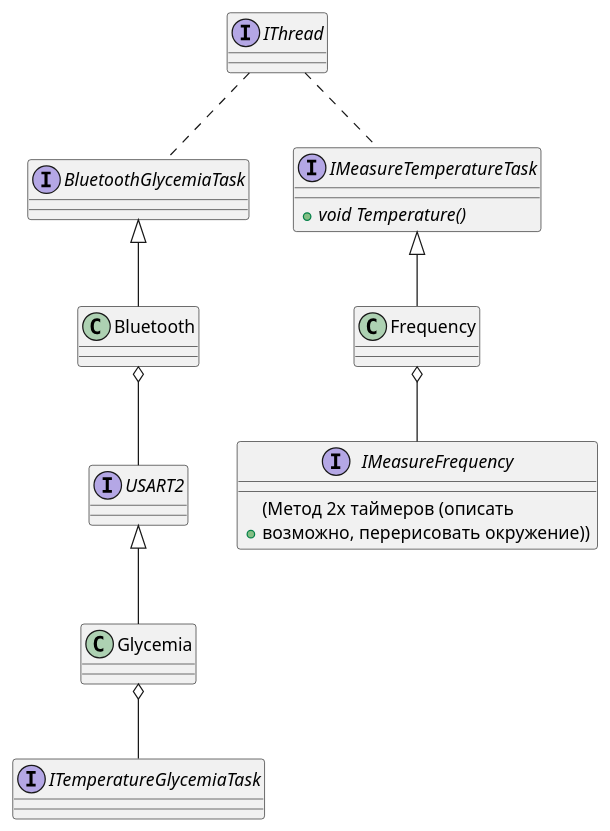
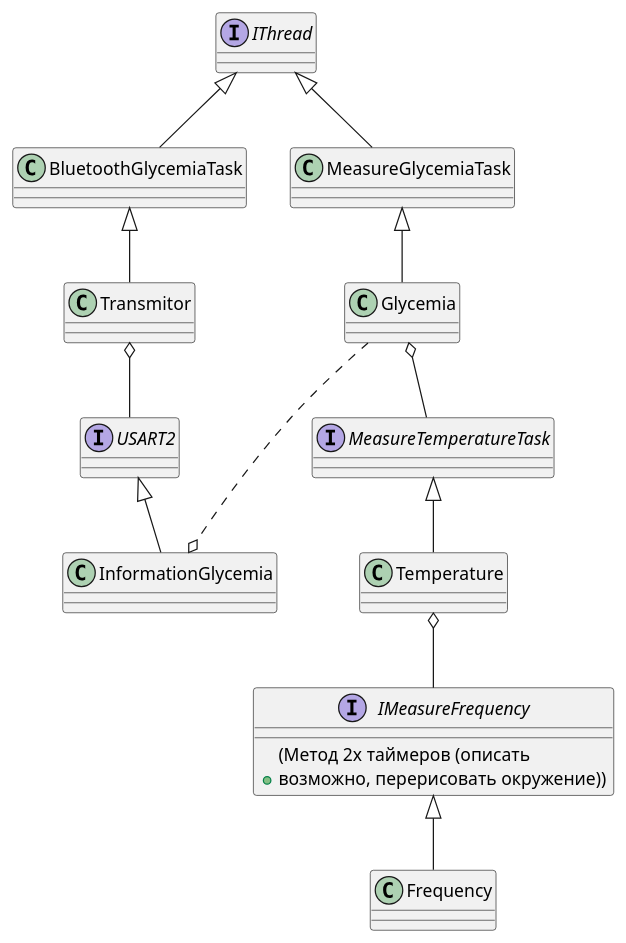
One commit to Luda-Seliv-KE-413/Kursovoy changed the diagram in DOC/Diagram.puml. Above: the diagram before and after it, drawn with PlantUML. The commit also changed 1 other file, not shown here.

```diff
--- a/DOC/Diagram.puml
+++ b/DOC/Diagram.puml
@@ -1,31 +1,39 @@
 @startuml name 
 
 interface IThread
-interface IMeasureTemperatureTask
-{
-    +{abstract} void Temperature()
-}
-class Frequency
+class MeasureGlycemiaTask
+class Glycemia
+interface MeasureTemperatureTask
+class Temperature
 interface IMeasureFrequency
 {
     (Метод 2х таймеров (описать 
     + возможно, перерисовать окружение))
 }
+class Frequency
 
-IThread .. IMeasureTemperatureTask
-Frequency -up-|> IMeasureTemperatureTask
-IMeasureFrequency -up-o Frequency
+IThread <|-- MeasureGlycemiaTask
+Glycemia -up-|> MeasureGlycemiaTask
+MeasureTemperatureTask -up-o Glycemia
+Temperature -up-|> MeasureTemperatureTask
+Frequency -up-|> IMeasureFrequency
+IMeasureFrequency -up-o Temperature
 
-interface ITemperatureGlycemiaTask
-class Glycemia
-interface BluetoothGlycemiaTask
+
+class BluetoothGlycemiaTask
 interface USART2
-class Bluetooth
+class Transmitor
+class InformationGlycemia
 
-IThread .. BluetoothGlycemiaTask
-Bluetooth -up-|> BluetoothGlycemiaTask
-ITemperatureGlycemiaTask -up-o Glycemia
-USART2 -up-o Bluetooth
-Glycemia -up-|> USART2
+IThread <|-- BluetoothGlycemiaTask
+Transmitor -up-|> BluetoothGlycemiaTask
+USART2 -up-o Transmitor
+InformationGlycemia -up-|> USART2
+InformationGlycemia o.up. Glycemia
+
+
+
+
+
 
 @enduml
```
